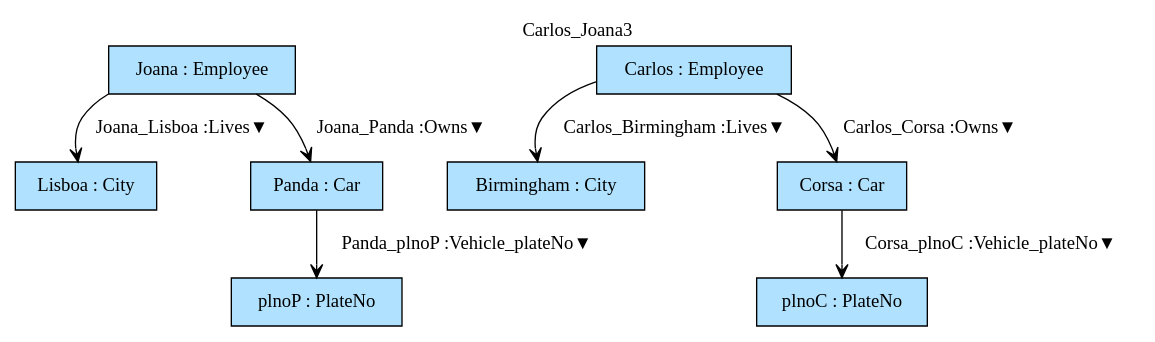
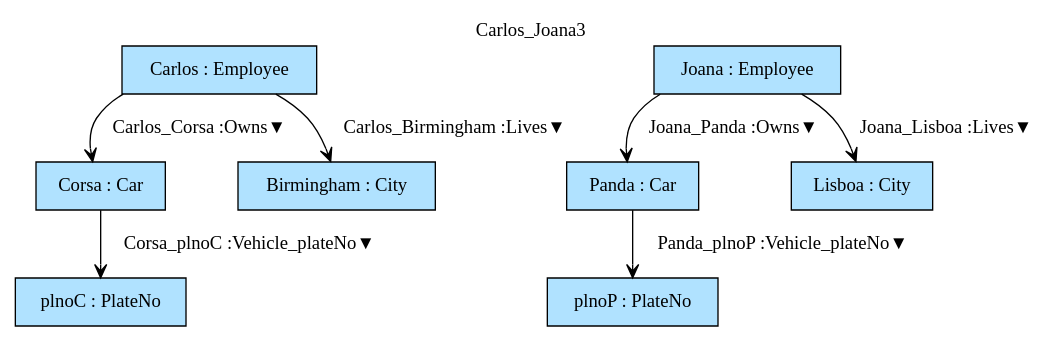
Before and after one commit to namalio/Fragmenta: the diagram in Haskell/FragmentaTests/PersonVehicle/img/Carlos_Joana3.gv, drawn with Graphviz. The commit also changed other lines of this file and 106 other files, not shown here.

```diff
--- a/Haskell/FragmentaTests/PersonVehicle/img/Carlos_Joana3.gv
+++ b/Haskell/FragmentaTests/PersonVehicle/img/Carlos_Joana3.gv
@@ -1,17 +1,17 @@
 digraph {graph[label=Carlos_Joana3,labelloc=tl,labelfontsize=12];
+"Carlos"[shape=box,fillcolor=lightskyblue1,style = filled,label="Carlos : Employee"];
 "Joana"[shape=box,fillcolor=lightskyblue1,style = filled,label="Joana : Employee"];
+"Corsa"[shape=box,fillcolor=lightskyblue1,style = filled,label="Corsa : Car"];
+"Panda"[shape=box,fillcolor=lightskyblue1,style = filled,label="Panda : Car"];
 "Lisboa"[shape=box,fillcolor=lightskyblue1,style = filled,label="Lisboa : City"];
-"Carlos"[shape=box,fillcolor=lightskyblue1,style = filled,label="Carlos : Employee"];
 "Birmingham"[shape=box,fillcolor=lightskyblue1,style = filled,label="Birmingham : City"];
-"Panda"[shape=box,fillcolor=lightskyblue1,style = filled,label="Panda : Car"];
+"plnoC"[shape=box,fillcolor=lightskyblue1,style = filled,label="plnoC : PlateNo"];
 "plnoP"[shape=box,fillcolor=lightskyblue1,style = filled,label="plnoP : PlateNo"];
-"Corsa"[shape=box,fillcolor=lightskyblue1,style = filled,label="Corsa : Car"];
-"plnoC"[shape=box,fillcolor=lightskyblue1,style = filled,label="plnoC : PlateNo"];
 
 "Joana"->"Panda"[label="Joana_Panda :Owns▼",arrowhead=vee];
 "Joana"->"Lisboa"[label="Joana_Lisboa :Lives▼",arrowhead=vee];
 "Carlos"->"Corsa"[label="Carlos_Corsa :Owns▼",arrowhead=vee];
 "Carlos"->"Birmingham"[label="Carlos_Birmingham :Lives▼",arrowhead=vee];
 "Panda"->"plnoP"[label="Panda_plnoP :Vehicle_plateNo▼",arrowhead=vee];
 "Corsa"->"plnoC"[label="Corsa_plnoC :Vehicle_plateNo▼",arrowhead=vee];
 }
```
